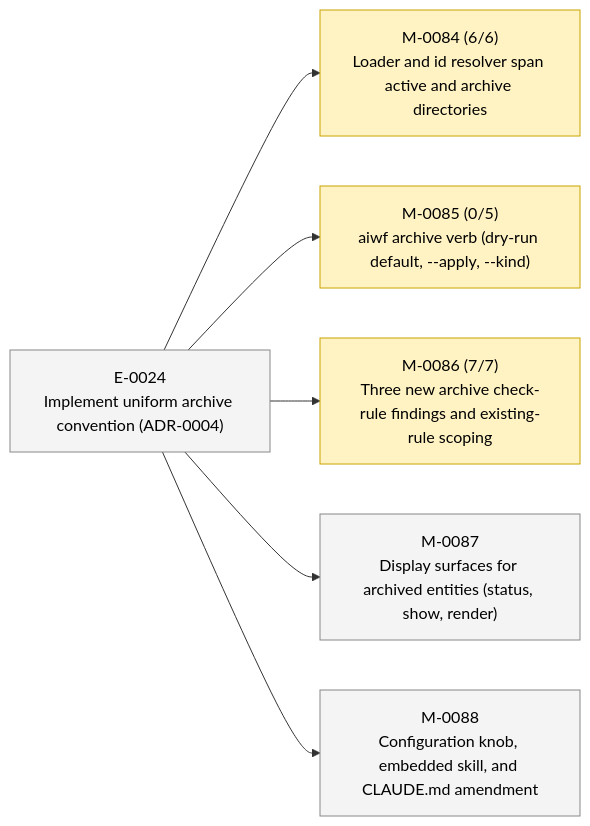
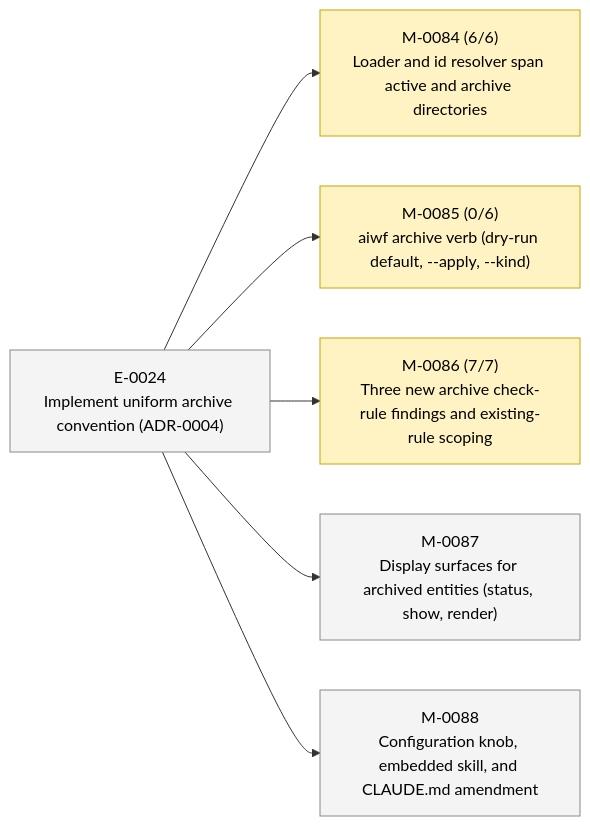
One commit to 23min/aiwf changed the second of 2 diagrams in STATUS.md. Above: the diagram before and after it, drawn with Mermaid. The commit also changed other lines of this file and 1 other file, not shown here.

First line of the commit message:
aiwf add ac M-0085/AC-6 "Verb has no positional id argument; sweep is by status not by id"

````diff
--- a/STATUS.md
+++ b/STATUS.md
@@ -49,20 +49,20 @@
 ```mermaid
 flowchart LR
   E_0024["E-0024<br/>Implement uniform archive convention (ADR-0004)"]:::epic_proposed
   M_0084["M-0084 (6/6)<br/>Loader and id resolver span active and archive directories"]:::ms_in_progress
   E_0024 --> M_0084
-  M_0085["M-0085 (0/5)<br/>aiwf archive verb (dry-run default, --apply, --kind)"]:::ms_in_progress
+  M_0085["M-0085 (0/6)<br/>aiwf archive verb (dry-run default, --apply, --kind)"]:::ms_in_progress
   E_0024 --> M_0085
   M_0086["M-0086 (7/7)<br/>Three new archive check-rule findings and existing-rule scoping"]:::ms_in_progress
   E_0024 --> M_0086
   M_0087["M-0087<br/>Display surfaces for archived entities (status, show, render)"]:::ms_draft
   E_0024 --> M_0087
   M_0088["M-0088<br/>Configuration knob, embedded skill, and CLAUDE.md amendment"]:::ms_draft
   E_0024 --> M_0088
   classDef epic_active fill:#d6eaff,stroke:#1a73e8,color:#000
   classDef epic_proposed fill:#f4f4f4,stroke:#888,color:#000
   classDef ms_done fill:#d8f5d8,stroke:#2a8a2a,color:#000
   classDef ms_in_progress fill:#fff3c4,stroke:#caa400,color:#000
   classDef ms_draft fill:#f4f4f4,stroke:#888,color:#000
   classDef ms_cancelled fill:#fbeaea,stroke:#c33,color:#000
 ```
````
